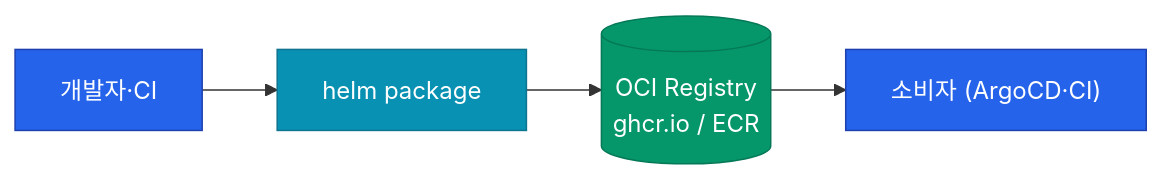
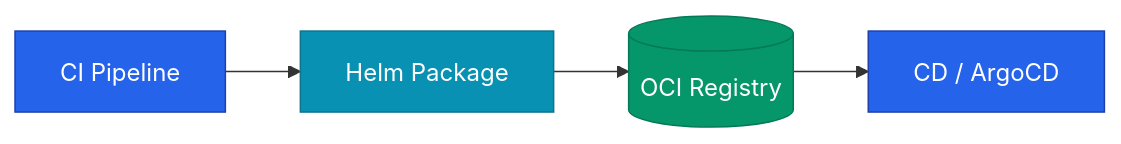
Before and after one commit to No1Joon/No1Joon.github.io: the diagram in _posts/container-orchestration/2026-04-20-helm-03-distribution.md, drawn with Mermaid. The commit also changed other lines of this file and 15 other files, not shown here.

````diff
--- a/_posts/container-orchestration/2026-04-20-helm-03-distribution.md
+++ b/_posts/container-orchestration/2026-04-20-helm-03-distribution.md
@@ -23,18 +25,18 @@
 ```mermaid
 flowchart LR
-    DEV["개발자·CI"]
-    PKG["helm package"]
-    REG[("OCI Registry<br/>ghcr.io / ECR")]
-    CONS["소비자 (ArgoCD·CI)"]
+    CI["CI Pipeline"]
+    PKG["Helm Package"]
+    REG[("OCI Registry")]
+    CD["CD / ArgoCD"]
 
-    DEV --> PKG --> REG
-    REG --> CONS
+    CI --> PKG --> REG
+    REG --> CD
 
-    classDef actor fill:#2563eb,stroke:#1e40af,color:#ffffff
+    classDef primary fill:#2563eb,stroke:#1e40af,color:#ffffff
+    classDef success fill:#059669,stroke:#047857,color:#ffffff
     classDef action fill:#0891b2,stroke:#0e7490,color:#ffffff
-    classDef storage fill:#059669,stroke:#047857,color:#ffffff
 
-    class DEV,CONS actor
+    class CI,CD primary
     class PKG action
-    class REG storage
+    class REG success
 ```
````
